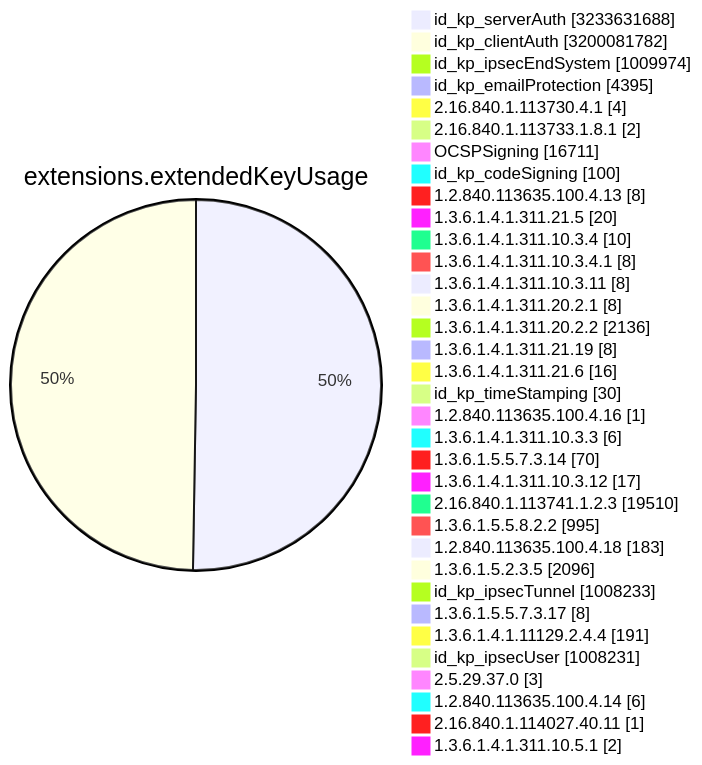
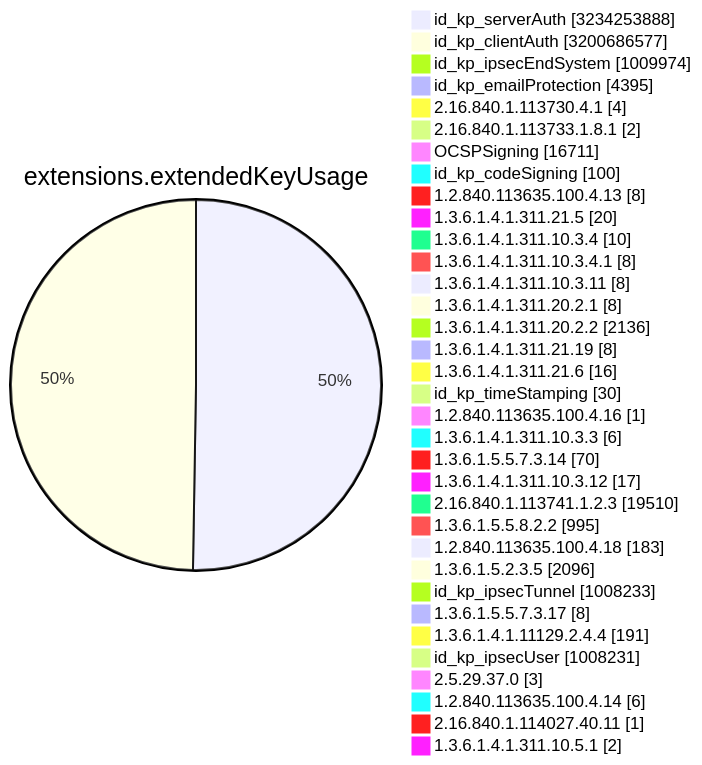
Diagram 11 of 15 in TOTAL/README.md (christiankrug/ctmonitor_visualization), drawn with Mermaid before and after one commit. The commit also changed other lines of this file, not shown here.

````diff
--- a/TOTAL/README.md
+++ b/TOTAL/README.md
@@ -4119,38 +4119,38 @@
 ```mermaid
 pie showData
 title extensions.extendedKeyUsage
-"id_kp_serverAuth" :3233631688
-"id_kp_clientAuth" :3200081782
+"id_kp_serverAuth" :3234253888
+"id_kp_clientAuth" :3200686577
 "id_kp_ipsecEndSystem" :1009974
 "id_kp_emailProtection" :4395
 "2.16.840.1.113730.4.1" :4
 "2.16.840.1.113733.1.8.1" :2
 "OCSPSigning" :16711
 "id_kp_codeSigning" :100
 "1.2.840.113635.100.4.13" :8
 "1.3.6.1.4.1.311.21.5" :20
 "1.3.6.1.4.1.311.10.3.4" :10
 "1.3.6.1.4.1.311.10.3.4.1" :8
 "1.3.6.1.4.1.311.10.3.11" :8
 "1.3.6.1.4.1.311.20.2.1" :8
 "1.3.6.1.4.1.311.20.2.2" :2136
 "1.3.6.1.4.1.311.21.19" :8
 "1.3.6.1.4.1.311.21.6" :16
 "id_kp_timeStamping" :30
 "1.2.840.113635.100.4.16" :1
 "1.3.6.1.4.1.311.10.3.3" :6
 "1.3.6.1.5.5.7.3.14" :70
 "1.3.6.1.4.1.311.10.3.12" :17
 "2.16.840.1.113741.1.2.3" :19510
 "1.3.6.1.5.5.8.2.2" :995
 "1.2.840.113635.100.4.18" :183
 "1.3.6.1.5.2.3.5" :2096
 "id_kp_ipsecTunnel" :1008233
 "1.3.6.1.5.5.7.3.17" :8
 "1.3.6.1.4.1.11129.2.4.4" :191
 "id_kp_ipsecUser" :1008231
 "2.5.29.37.0" :3
 "1.2.840.113635.100.4.14" :6
 "2.16.840.1.114027.40.11" :1
 "1.3.6.1.4.1.311.10.5.1" :2
 ```
````
